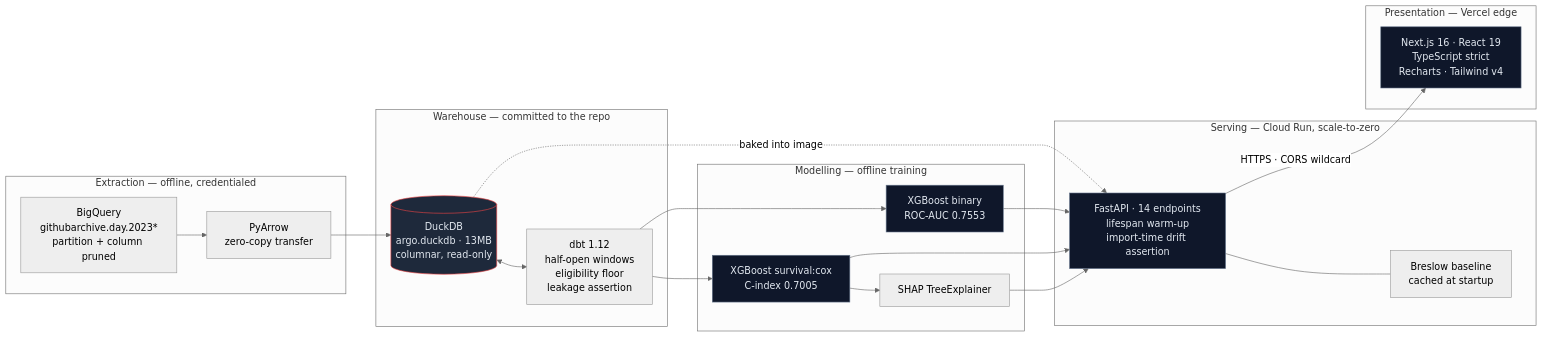
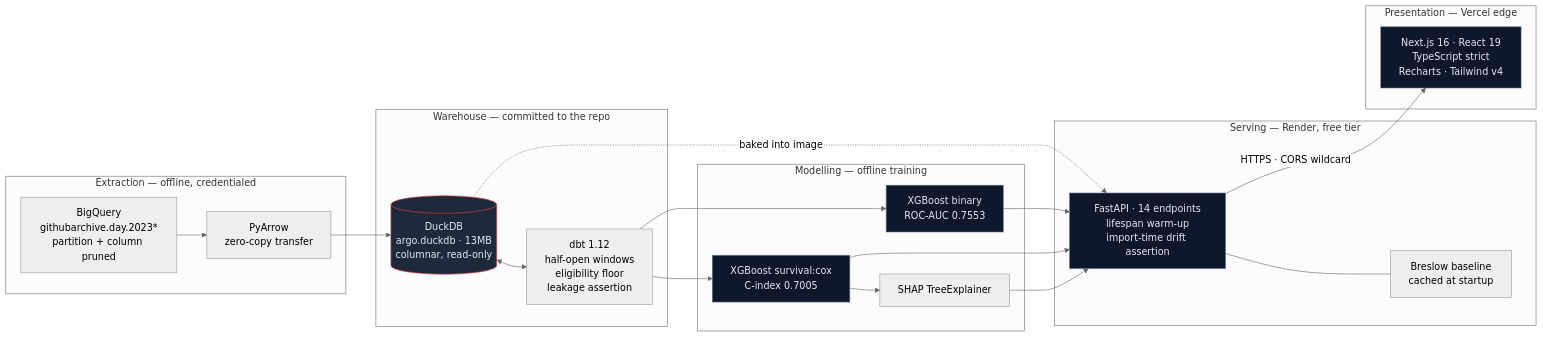
The diagram in README.md (yash-rai-93/argo-data-platform), drawn with Mermaid (neutral theme) before and after one commit. The commit also changed other lines of this file, not shown here.

First line of the commit message:
docs: final README update with live Render and Vercel production URLs

````diff
--- a/README.md
+++ b/README.md
@@ -31,45 +30,45 @@
 ```mermaid
 flowchart LR
     subgraph EXTRACT["Extraction — offline, credentialed"]
         BQ["BigQuery<br/>githubarchive.day.2023*<br/>partition + column pruned"]
         ARROW["PyArrow<br/>zero-copy transfer"]
         BQ --> ARROW
     end
 
     subgraph WAREHOUSE["Warehouse — committed to the repo"]
         DUCK[("DuckDB<br/>argo.duckdb · 13MB<br/>columnar, read-only")]
         DBT["dbt 1.12<br/>half-open windows<br/>eligibility floor<br/>leakage assertion"]
         ARROW --> DUCK
         DUCK <--> DBT
     end
 
     subgraph MODELS["Modelling — offline training"]
         COX["XGBoost survival:cox<br/>C-index 0.7005"]
         CLF["XGBoost binary<br/>ROC-AUC 0.7553"]
         SHAP["SHAP TreeExplainer"]
         DBT --> COX
         DBT --> CLF
         COX --> SHAP
     end
 
-    subgraph SERVE["Serving — Cloud Run, scale-to-zero"]
+    subgraph SERVE["Serving — Render, free tier"]
         API["FastAPI · 14 endpoints<br/>lifespan warm-up<br/>import-time drift assertion"]
         BRES["Breslow baseline<br/>cached at startup"]
         API --- BRES
     end
 
     subgraph EDGE["Presentation — Vercel edge"]
         NEXT["Next.js 16 · React 19<br/>TypeScript strict<br/>Recharts · Tailwind v4"]
     end
 
     COX --> API
     CLF --> API
     SHAP --> API
     DUCK -.->|"baked into image"| API
     API -->|"HTTPS · CORS wildcard"| NEXT
 
     classDef store fill:#1e293b,stroke:#ef4444,color:#e2e8f0
     classDef compute fill:#0f172a,stroke:#64748b,color:#e2e8f0
     class DUCK store
     class API,NEXT,COX,CLF compute
 ```
````
